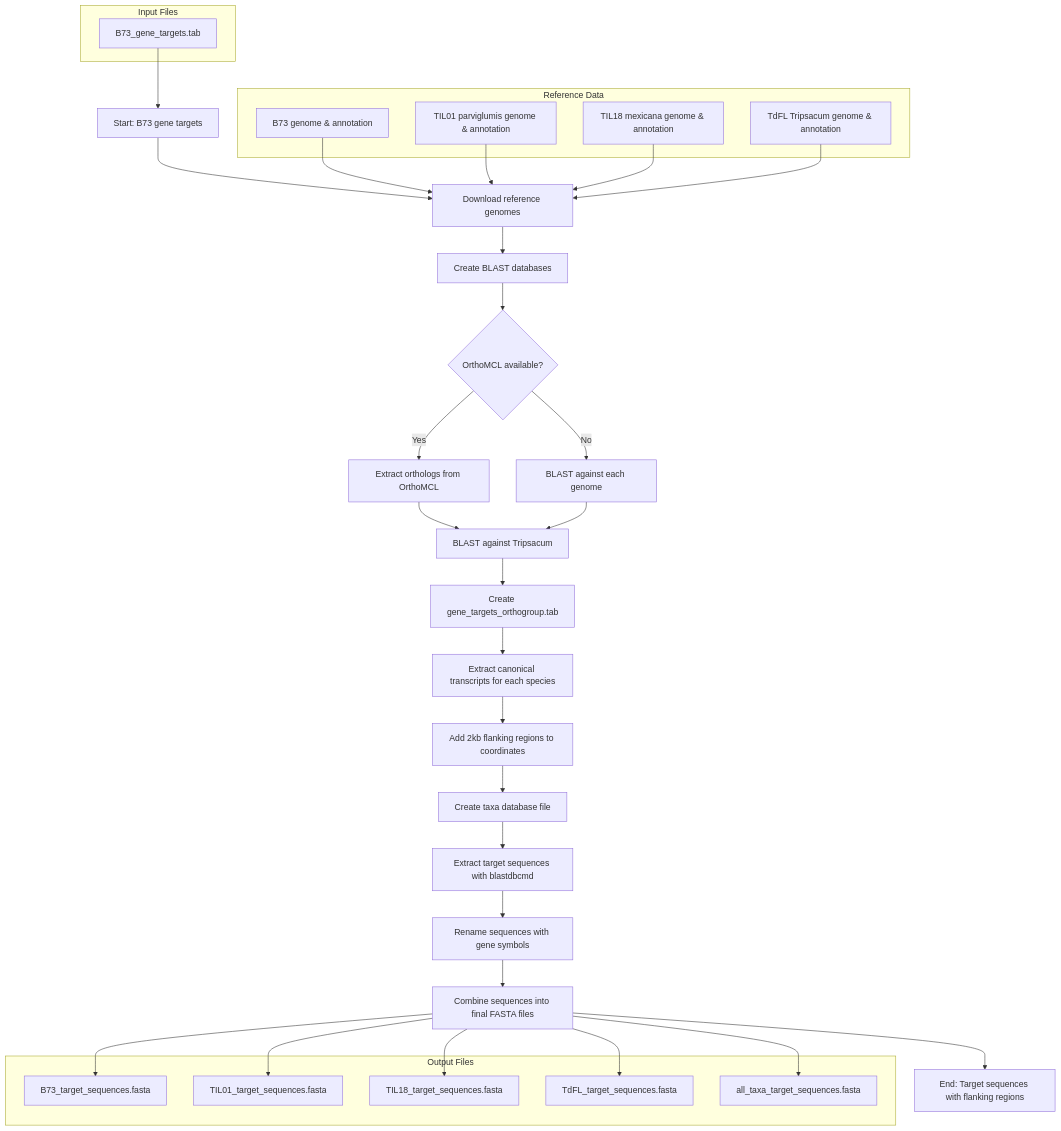
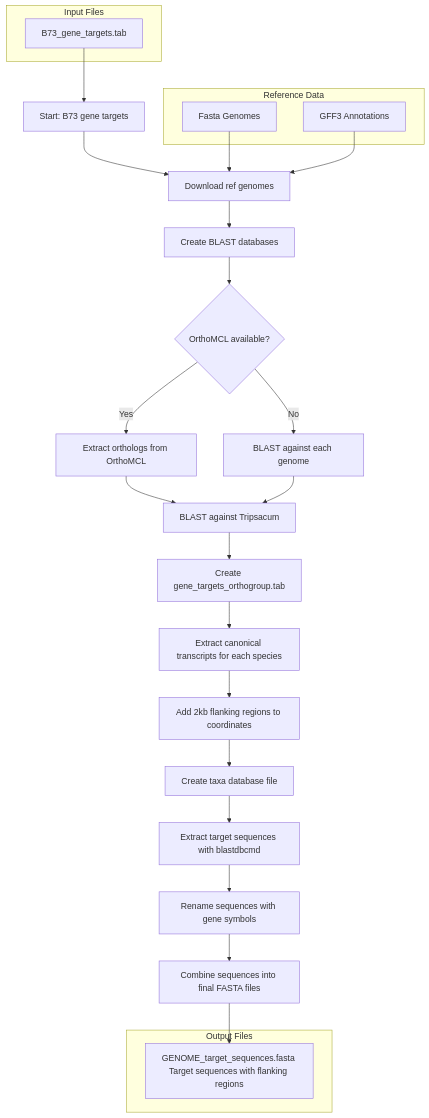
Before and after one commit to sawers-rellan-labs/targseq: the first of 2 diagrams in README.md, drawn with Mermaid. The commit also changed other lines of this file, not shown here.

````diff
--- a/README.md
+++ b/README.md
@@ -5,52 +5,40 @@
 ```mermaid
 flowchart TD
-    A[Start: B73 gene targets] --> B[Download reference genomes]
+    A[Start: B73 gene targets] --> B[Download ref genomes]
     B --> C[Create BLAST databases]
     
     C --> D{OrthoMCL available?}
     D -->|Yes| E1[Extract orthologs from OrthoMCL]
     D -->|No| E2[BLAST against each genome]
     
     E1 --> F[BLAST against Tripsacum]
     E2 --> F
     
     F --> G[Create gene_targets_orthogroup.tab]
     G --> H[Extract canonical transcripts for each species]
     H --> I[Add 2kb flanking regions to coordinates]
     I --> J[Create taxa database file]
     J --> K[Extract target sequences with blastdbcmd]
     K --> L[Rename sequences with gene symbols]
     L --> M[Combine sequences into final FASTA files]
-    M --> N[End: Target sequences with flanking regions]
     
     subgraph "Input Files"
     A1[B73_gene_targets.tab]
     end
     
     subgraph "Reference Data"
-    B1[B73 genome & annotation]
-    B2[TIL01 parviglumis genome & annotation]
-    B3[TIL18 mexicana genome & annotation]
-    B4[TdFL Tripsacum genome & annotation]
+    B1[Fasta Genomes]
+    B2[GFF3 Annotations]
     end
     
     subgraph "Output Files"
-    O1[B73_target_sequences.fasta]
-    O2[TIL01_target_sequences.fasta]
-    O3[TIL18_target_sequences.fasta]
-    O4[TdFL_target_sequences.fasta]
-    O5[all_taxa_target_sequences.fasta]
+    O1[GENOME_target_sequences.fasta Target sequences with flanking regions]
     end
     
     A1 --> A
     B1 --> B
     B2 --> B
-    B3 --> B
-    B4 --> B
+
     
     M --> O1
-    M --> O2
-    M --> O3
-    M --> O4
-    M --> O5
-```
+``` 
````
